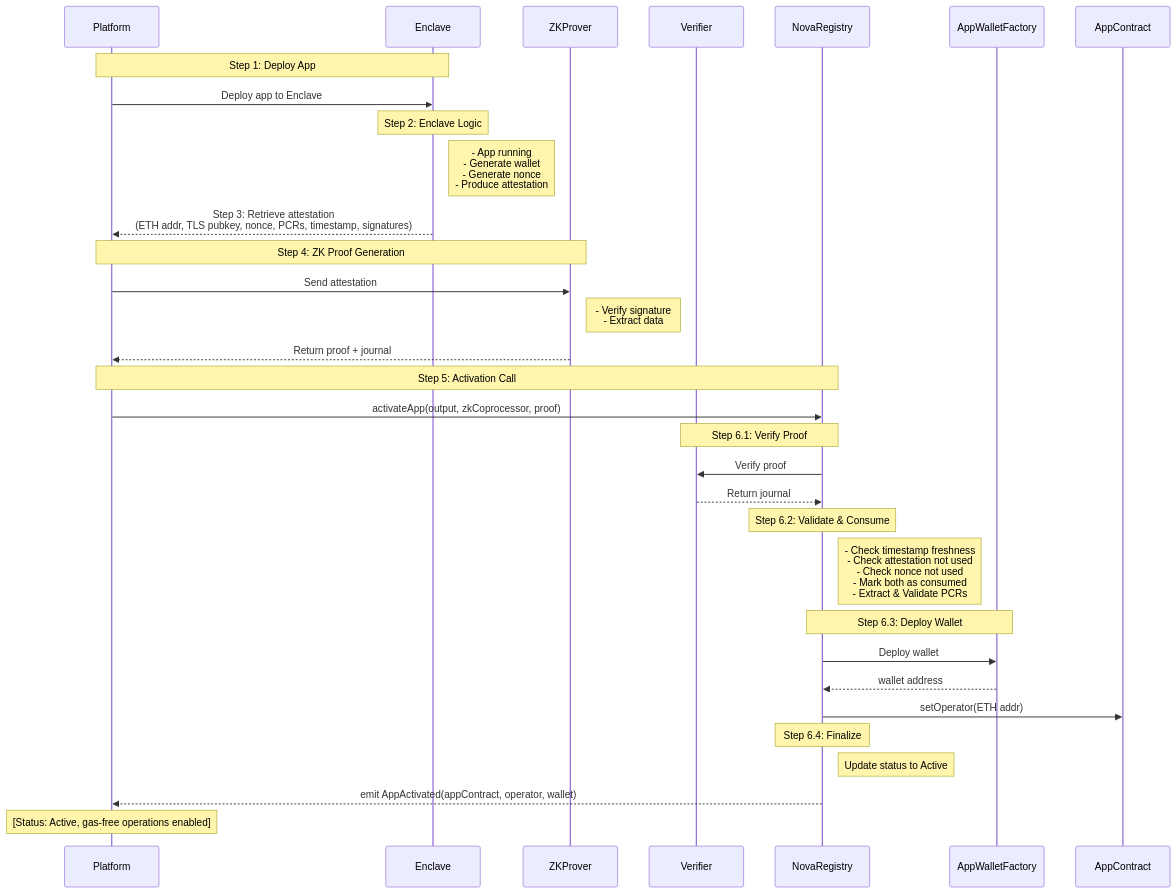
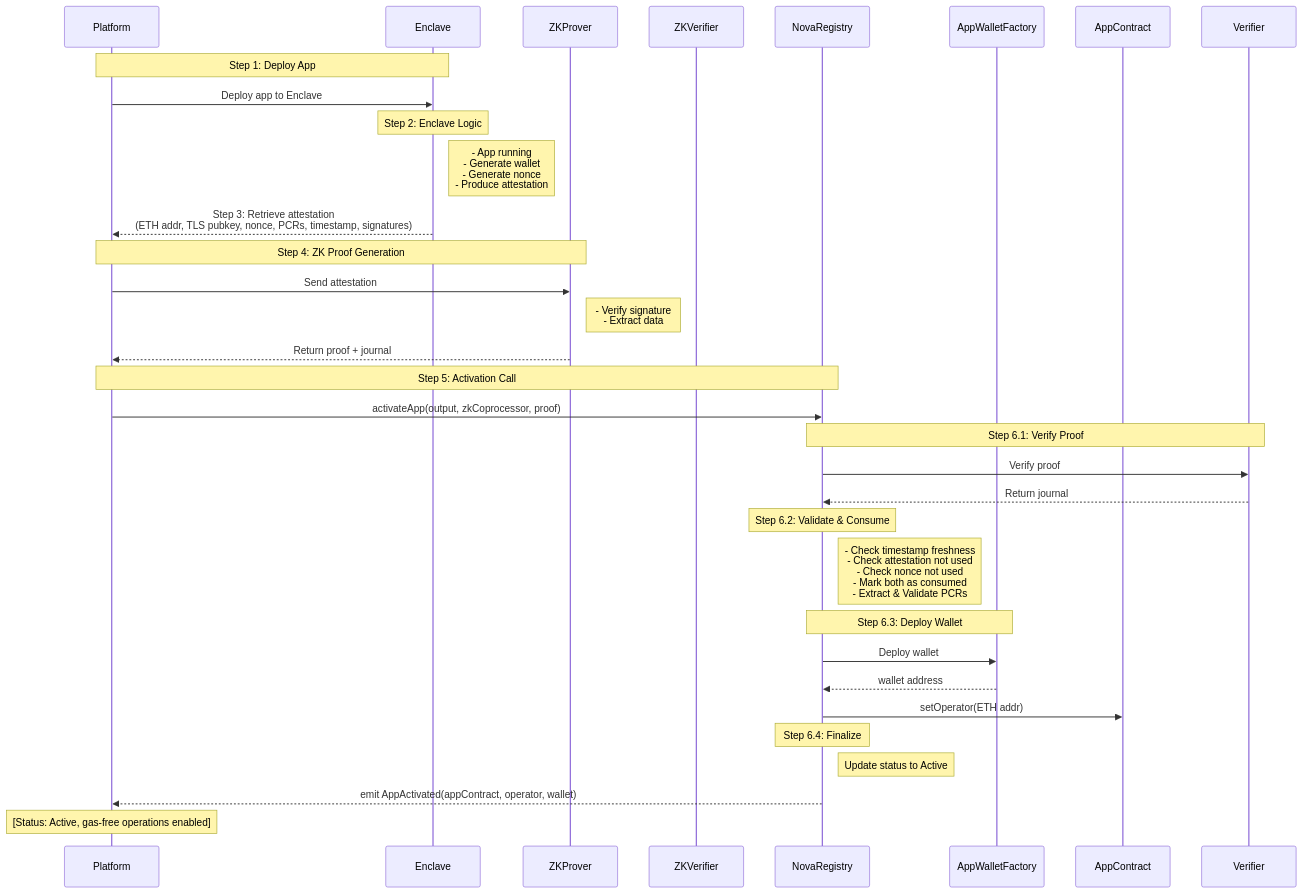
The second of 4 diagrams in docs/DESIGN.md (zfdang/smart-contract-wallet), drawn with Mermaid before and after one commit. The commit also changed 1 other file, not shown here.

Commit message:
update diagram

````diff
--- a/docs/DESIGN.md
+++ b/docs/DESIGN.md
@@ -170,44 +170,44 @@
 ```mermaid
 sequenceDiagram
     participant Platform
     participant Enclave
     participant ZKProver
-    participant Verifier
+    participant ZKVerifier
     participant NovaRegistry
     participant AppWalletFactory
     participant AppContract
 
     Note over Platform, Enclave: Step 1: Deploy App
     Platform->>Enclave: Deploy app to Enclave
     
     Note over Enclave: Step 2: Enclave Logic
     Note right of Enclave: - App running<br/>- Generate wallet<br/>- Generate nonce<br/>- Produce attestation
 
     Enclave-->>Platform: Step 3: Retrieve attestation<br/>(ETH addr, TLS pubkey, nonce, PCRs, timestamp, signatures)
 
     Note over Platform, ZKProver: Step 4: ZK Proof Generation
     Platform->>ZKProver: Send attestation
     Note right of ZKProver: - Verify signature<br/>- Extract data
     ZKProver-->>Platform: Return proof + journal
 
     Note over Platform, NovaRegistry: Step 5: Activation Call
     Platform->>NovaRegistry: activateApp(output, zkCoprocessor, proof)
 
     Note over NovaRegistry, Verifier: Step 6.1: Verify Proof
     NovaRegistry->>Verifier: Verify proof
     Verifier-->>NovaRegistry: Return journal
 
     Note over NovaRegistry: Step 6.2: Validate & Consume
     Note right of NovaRegistry: - Check timestamp freshness<br/>- Check attestation not used<br/>- Check nonce not used<br/>- Mark both as consumed<br/>- Extract & Validate PCRs
 
     Note over NovaRegistry, AppWalletFactory: Step 6.3: Deploy Wallet
     NovaRegistry->>AppWalletFactory: Deploy wallet
     AppWalletFactory-->>NovaRegistry: wallet address
     NovaRegistry->>AppContract: setOperator(ETH addr)
 
     Note over NovaRegistry: Step 6.4: Finalize
     Note right of NovaRegistry: Update status to Active
     NovaRegistry-->>Platform: emit AppActivated(appContract, operator, wallet)
     
     Note over Platform: [Status: Active, gas-free operations enabled]
 ```
````
